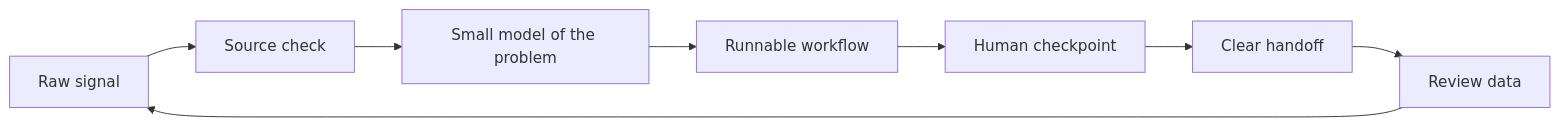
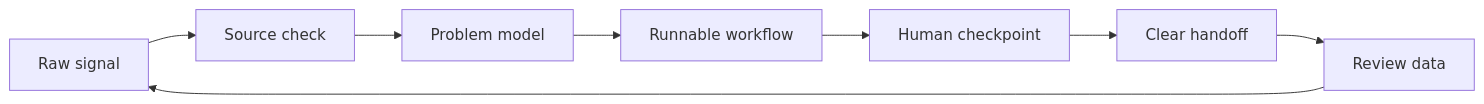
One commit to Adkid-Zephyr/Adkid-Zephyr changed the diagram in README.md. Above: the diagram before and after it, drawn with Mermaid. The commit also changed other lines of this file and 1 other file, not shown here.

````diff
--- a/README.md
+++ b/README.md
@@ -25,10 +80,10 @@
 ```mermaid
 flowchart LR
   A["Raw signal"] --> B["Source check"]
-  B --> C["Small model of the problem"]
+  B --> C["Problem model"]
   C --> D["Runnable workflow"]
   D --> E["Human checkpoint"]
   E --> F["Clear handoff"]
   F --> G["Review data"]
   G --> A
 ```
````
